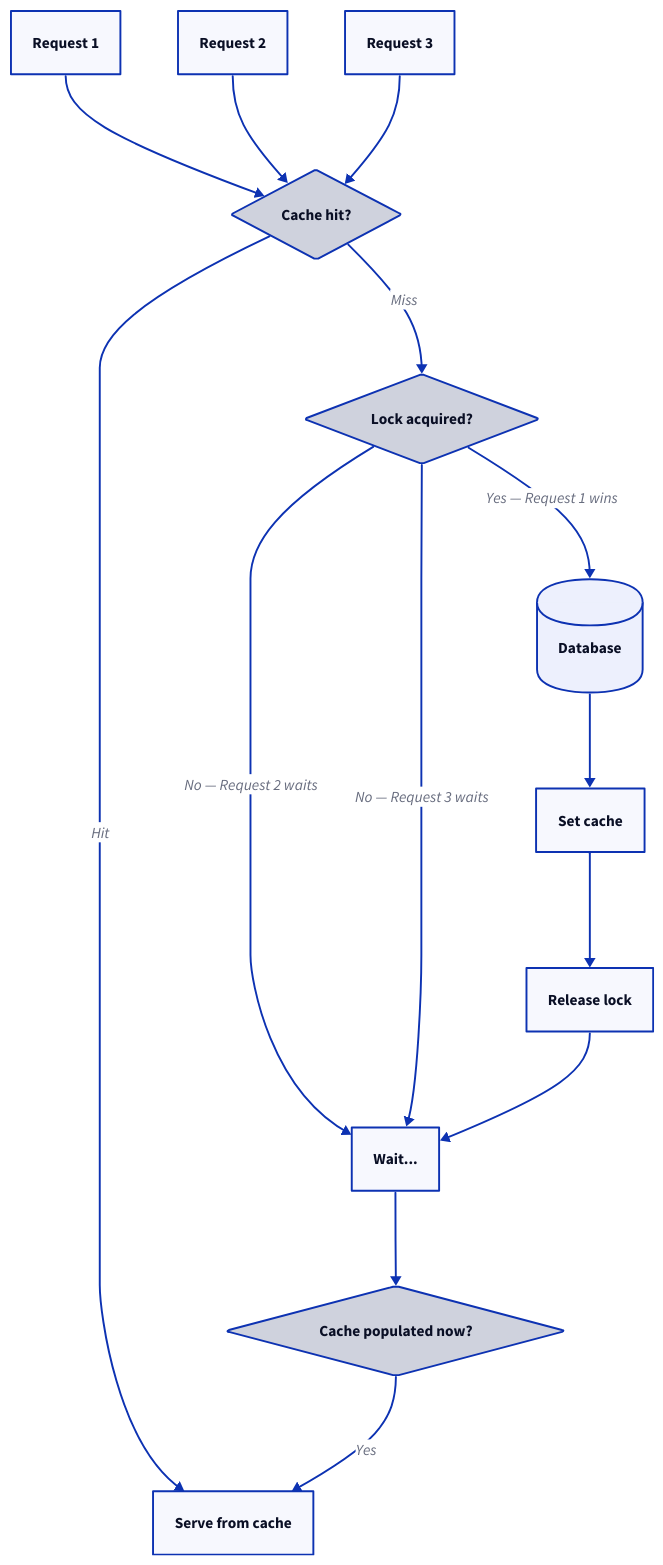
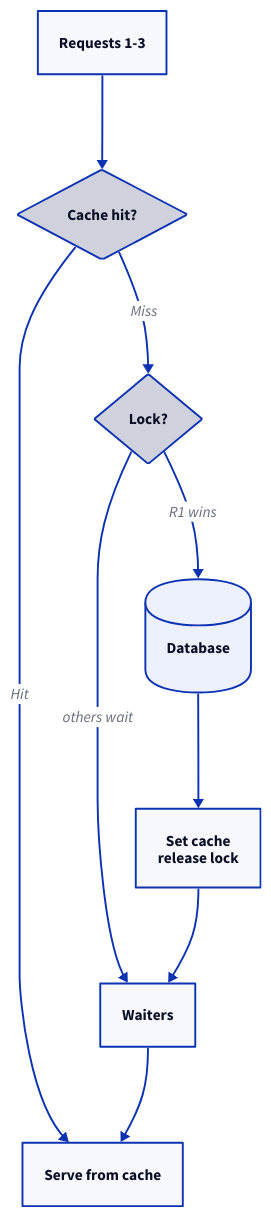
Before and after one commit to g-savitha/gsavitha.in: the second of 5 diagrams in src/content/blog/caching-strategies.md, drawn with D2. The commit also changed other lines of this file and 11 other files, not shown here.

````diff
--- a/src/content/blog/caching-strategies.md
+++ b/src/content/blog/caching-strategies.md
@@ -190,25 +189,17 @@
 ```d2
 direction: down
-R1: "Request 1"
-R2: "Request 2"
-R3: "Request 3"
-C: "Cache hit?" {shape: diamond}
-L: "Lock acquired?" {shape: diamond}
-DB: Database {shape: cylinder}
-W: "Wait..."
-S: "Set cache"
-RL: "Release lock"
-C2: "Cache populated now?" {shape: diamond}
-Resp: "Serve from cache"
-R1 -> C
-R2 -> C
-R3 -> C
+Reqs: "Requests 1-3" {class: primary}
+C: "Cache hit?" {shape: diamond; class: decision}
+Resp: "Serve from cache" {class: hit}
+L: "Lock?" {shape: diamond; class: decision}
+DB: Database {shape: cylinder; class: info}
+Wait: Waiters {class: secondary}
+S: "Set cache\nrelease lock" {class: success}
+Reqs -> C
+C -> Resp: Hit
 C -> L: Miss
-C -> Resp: Hit
-L -> DB: "Yes — Request 1 wins"
-L -> W: "No — Request 2 waits"
-L -> W: "No — Request 3 waits"
-DB -> S -> RL -> W
-W -> C2
-C2 -> Resp: Yes
+L -> DB: "R1 wins"
+L -> Wait: "others wait"
+DB -> S -> Wait
+Wait -> Resp
 ```
````
